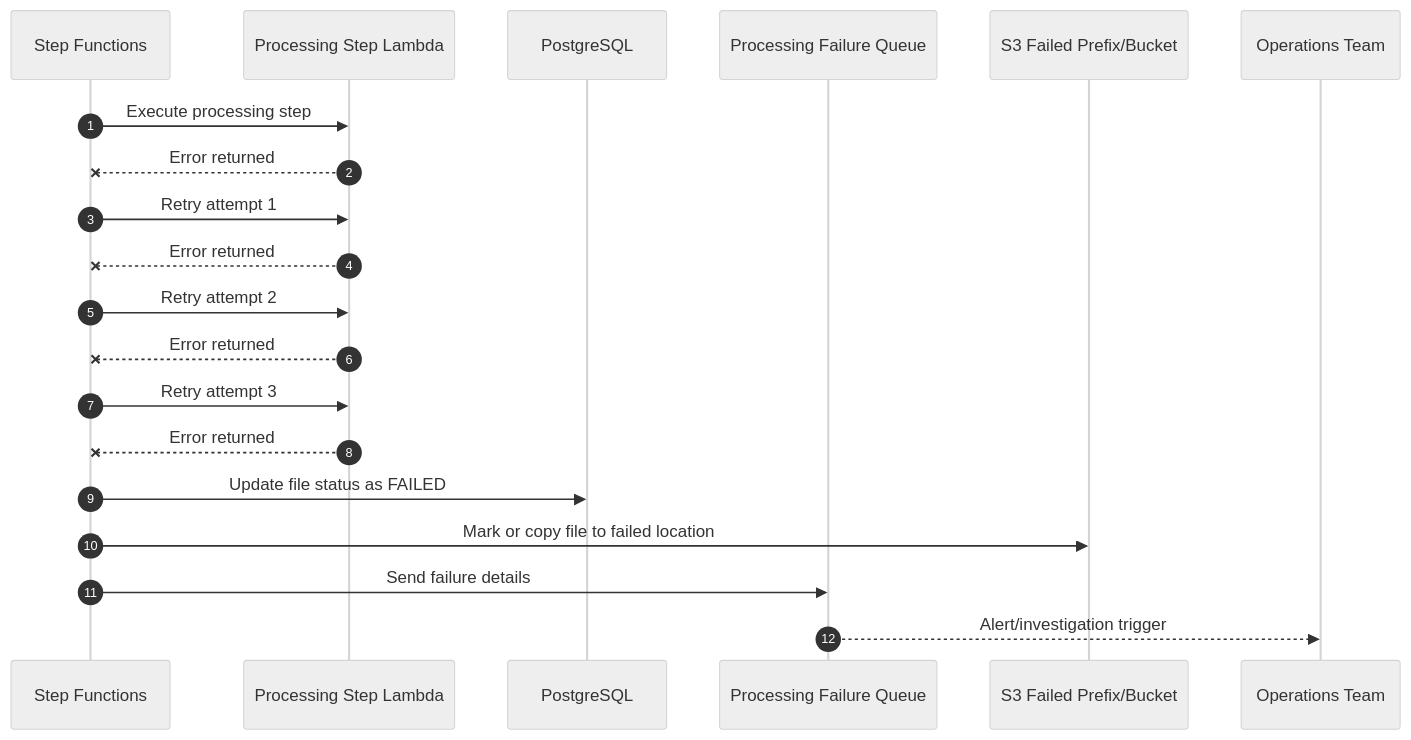
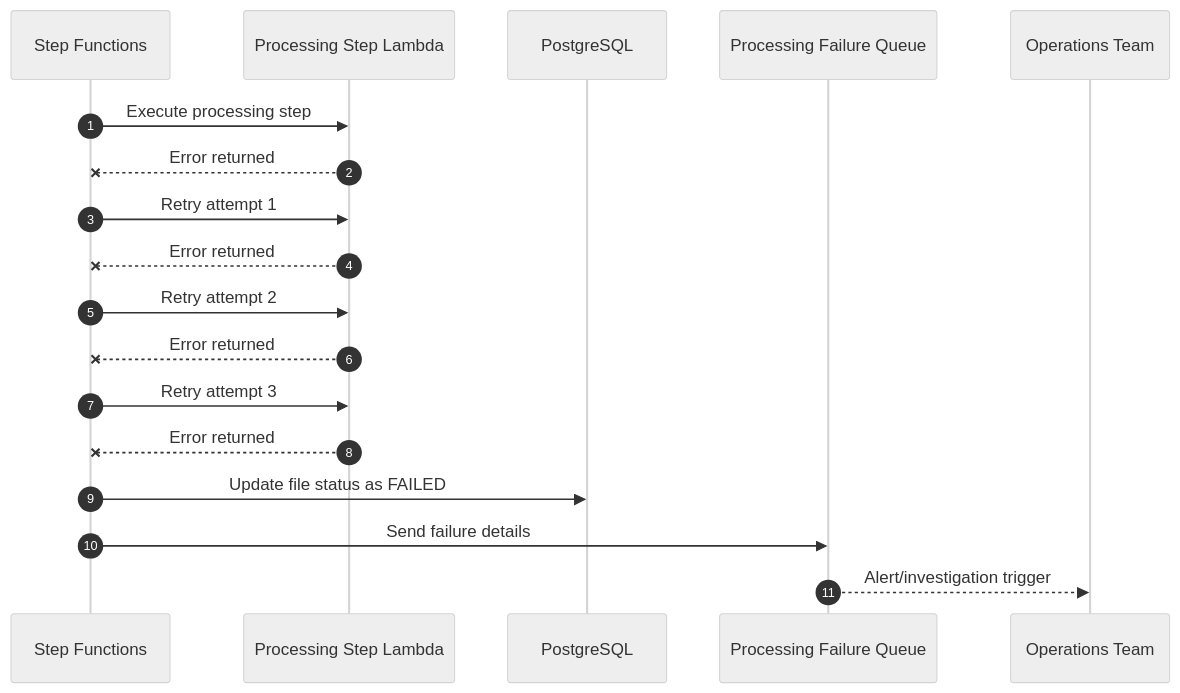
The third of 4 diagrams in README.md (EmmanDizon/architect-payroll-system), drawn with Mermaid (neutral theme) before and after one commit.

Commit message:
Remove S3 Failed Prefix/Bucket from README
Removed references to S3 Failed Prefix/Bucket in the error handling sequence.

````diff
--- a/README.md
+++ b/README.md
@@ -358,27 +358,25 @@
 ```mermaid
 sequenceDiagram
     autonumber
     participant SFN as Step Functions
     participant Step as Processing Step Lambda
     participant DB as PostgreSQL
     participant FailureQ as Processing Failure Queue
-    participant S3Failed as S3 Failed Prefix/Bucket
     participant Ops as Operations Team
 
     SFN->>Step: Execute processing step
     Step--xSFN: Error returned
 
     SFN->>Step: Retry attempt 1
     Step--xSFN: Error returned
 
     SFN->>Step: Retry attempt 2
     Step--xSFN: Error returned
 
     SFN->>Step: Retry attempt 3
     Step--xSFN: Error returned
 
     SFN->>DB: Update file status as FAILED
-    SFN->>S3Failed: Mark or copy file to failed location
     SFN->>FailureQ: Send failure details
     FailureQ-->>Ops: Alert/investigation trigger
 ```
````
